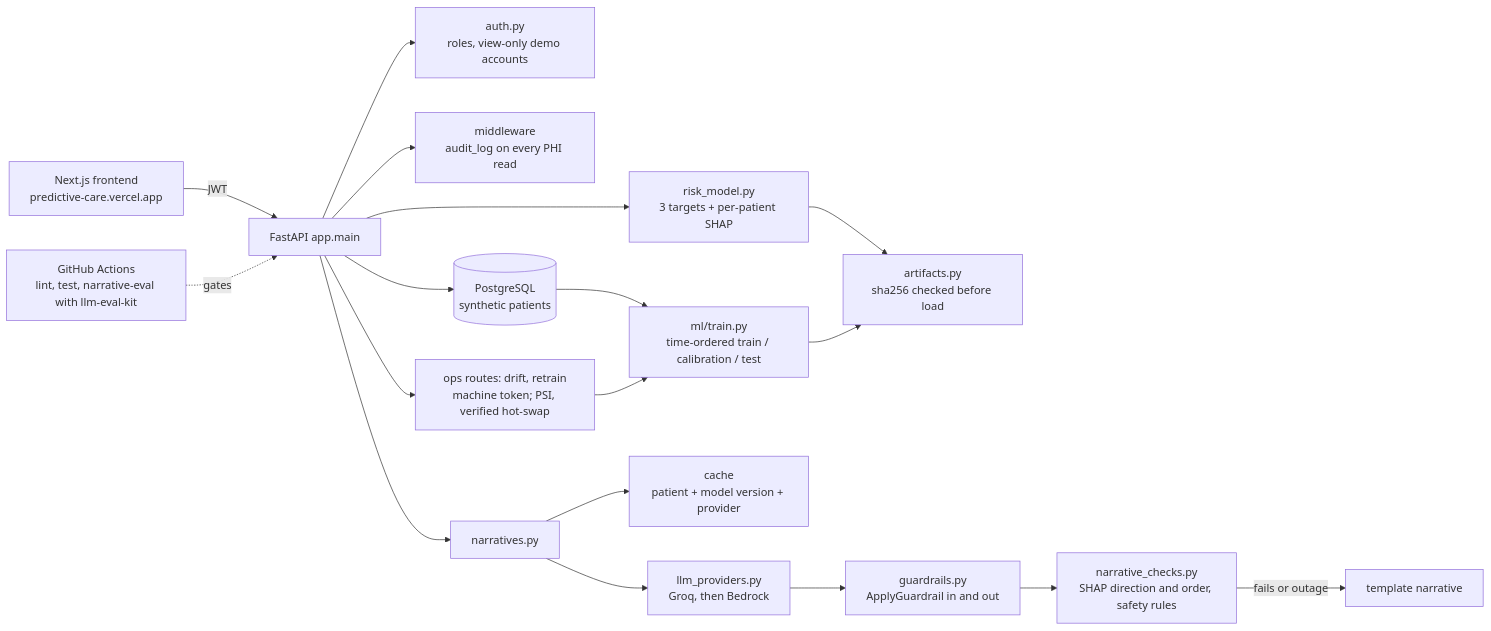
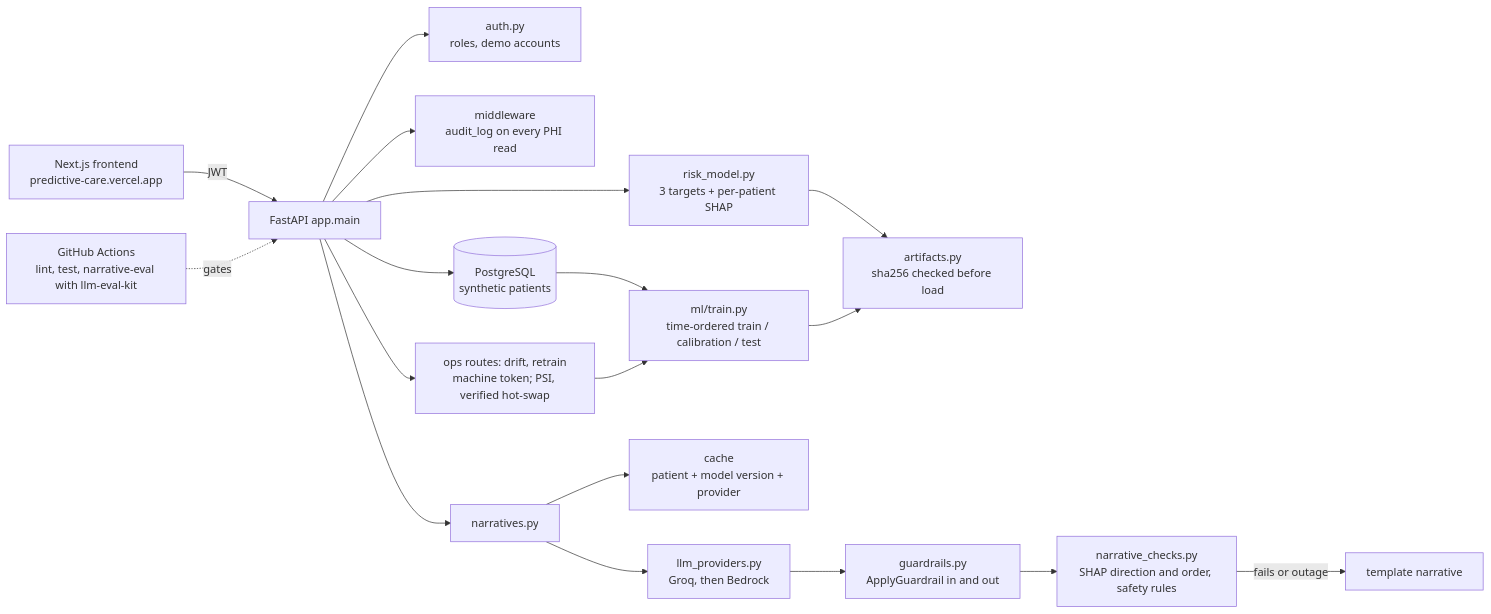
One commit to SushantTusharJoshi/predictive-care changed the diagram in README.md. Above: the diagram before and after it, drawn with Mermaid. The commit also changed other lines of this file and 5 other files, not shown here.

First line of the commit message:
feat: demo accounts act with their full role; DEMO_READ_ONLY makes them view-only

````diff
--- a/README.md
+++ b/README.md
@@ -16,20 +16,20 @@
 ```mermaid
 flowchart LR
   UI["Next.js frontend<br/>predictive-care.vercel.app"] -->|JWT| API["FastAPI app.main"]
-  API --> AUTH["auth.py<br/>roles, view-only demo accounts"]
+  API --> AUTH["auth.py<br/>roles, demo accounts"]
   API --> AUDIT["middleware<br/>audit_log on every PHI read"]
   API --> DB[("PostgreSQL<br/>synthetic patients")]
   API --> RISK["risk_model.py<br/>3 targets + per-patient SHAP"]
   RISK --> ART["artifacts.py<br/>sha256 checked before load"]
   TRAIN["ml/train.py<br/>time-ordered train / calibration / test"] --> ART
   DB --> TRAIN
   API --> NAR["narratives.py"]
   NAR --> CACHE["cache<br/>patient + model version + provider"]
   NAR --> PROV["llm_providers.py<br/>Groq, then Bedrock"]
   PROV --> GR["guardrails.py<br/>ApplyGuardrail in and out"]
   GR --> CHK["narrative_checks.py<br/>SHAP direction and order, safety rules"]
   CHK -->|fails or outage| TPL["template narrative"]
   CI["GitHub Actions<br/>lint, test, narrative-eval with llm-eval-kit"] -.gates.-> API
   API --> OPS["ops routes: drift, retrain<br/>machine token; PSI, verified hot-swap"]
   OPS --> TRAIN
 ```
````
